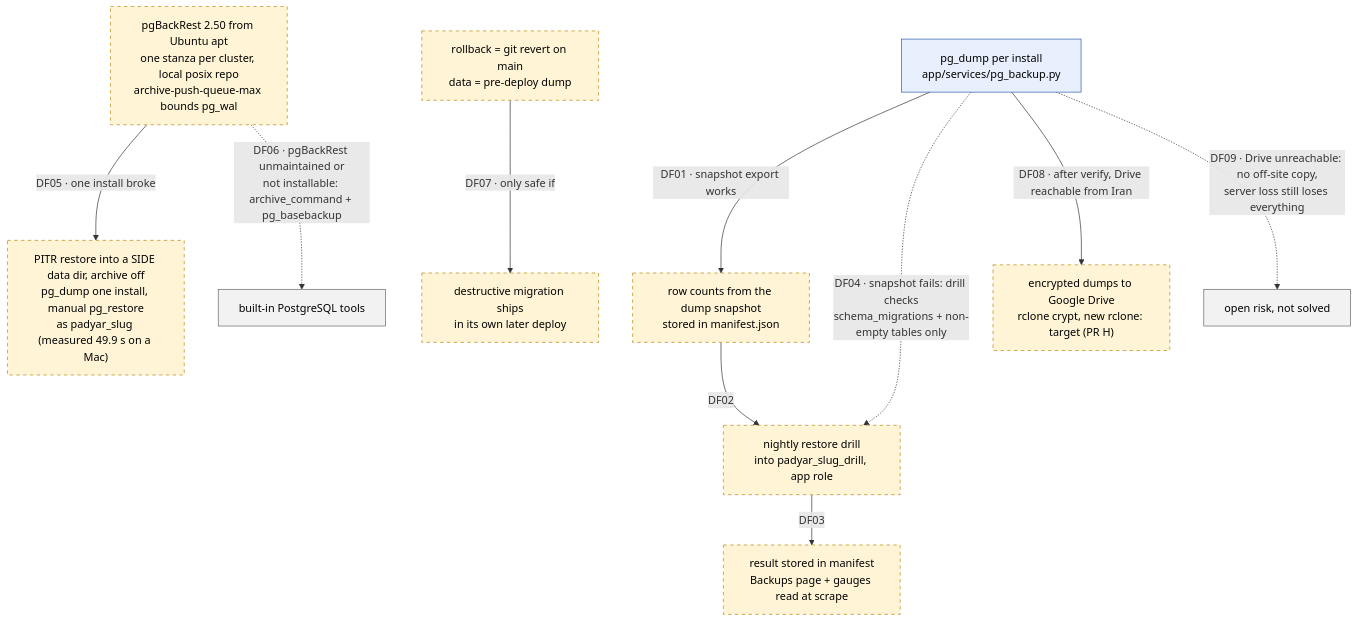
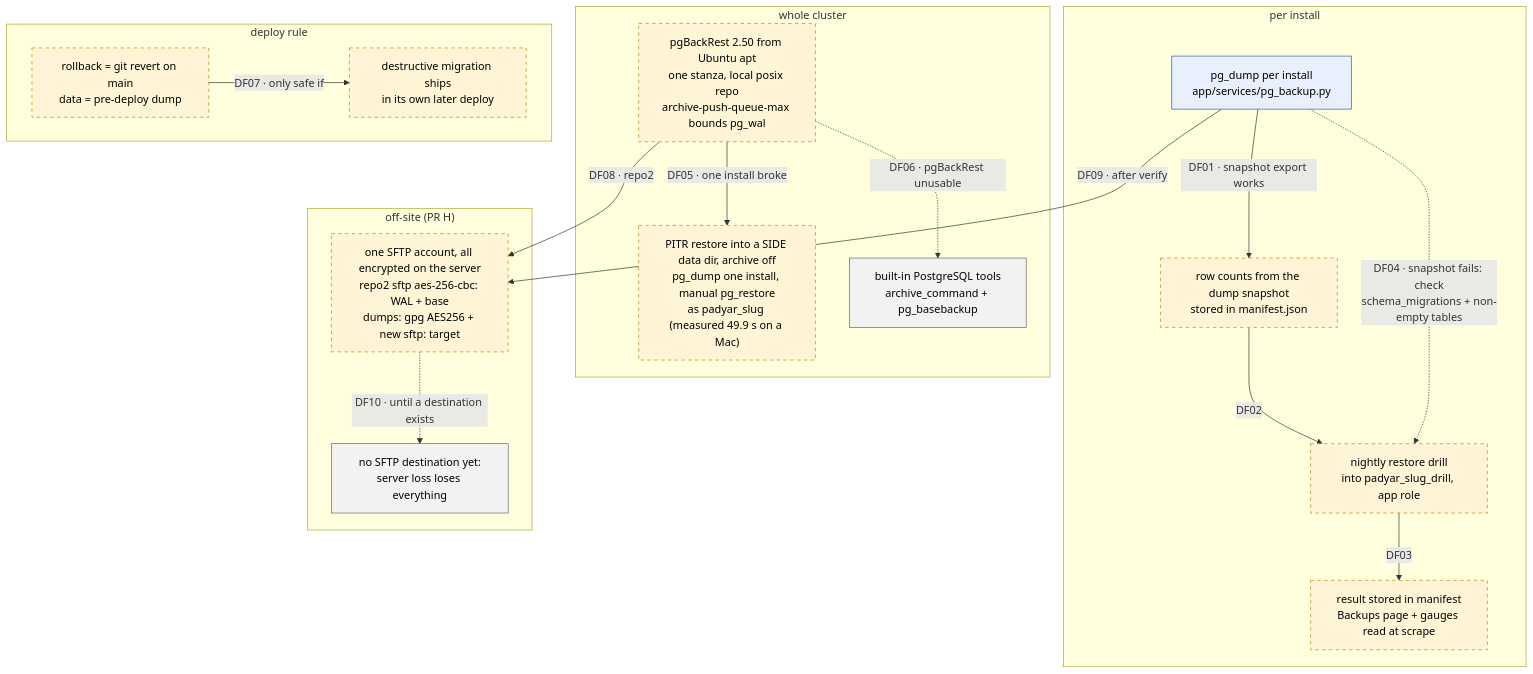
One commit to Kohandezh/PadyarAIChatBot changed the diagram in docs/features/db-maturity/RESEARCH.md. Above: the diagram before and after it, drawn with Mermaid. The commit also changed other lines of this file and 2 other files, not shown here.

First line of the commit message:
docs: move the off-site plan to encrypted SFTP in the db maturity spike

````diff
--- a/docs/features/db-maturity/RESEARCH.md
+++ b/docs/features/db-maturity/RESEARCH.md
@@ -537,29 +641,43 @@
 ```mermaid
 flowchart TB
     classDef proposed fill:#fff4d6,stroke:#b8860b,stroke-dasharray:5 5,color:#000
     classDef shipped fill:#e8f0fe,stroke:#2d5ca7,color:#000
     classDef fallback fill:#f2f2f2,stroke:#666,color:#000
 
-    DUMP["pg_dump per install<br/>app/services/pg_backup.py"]:::shipped
-    SNAP["row counts from the dump snapshot<br/>stored in manifest.json"]:::proposed
-    DRILL["nightly restore drill<br/>into padyar_slug_drill, app role"]:::proposed
-    SHOW["result stored in manifest<br/>Backups page + gauges read at scrape"]:::proposed
-    PITR["pgBackRest 2.50 from Ubuntu apt<br/>one stanza per cluster, local posix repo<br/>archive-push-queue-max bounds pg_wal"]:::proposed
-    SIDE["PITR restore into a SIDE data dir, archive off<br/>pg_dump one install, manual pg_restore<br/>as padyar_slug (measured 49.9 s on a Mac)"]:::proposed
-    OFF["encrypted dumps to Google Drive<br/>rclone crypt, new rclone: target (PR H)"]:::proposed
-    ROLL["rollback = git revert on main<br/>data = pre-deploy dump"]:::proposed
-    EC["destructive migration ships<br/>in its own later deploy"]:::proposed
+    subgraph INST["per install"]
+        DUMP["pg_dump per install<br/>app/services/pg_backup.py"]:::shipped
+        SNAP["row counts from the dump snapshot<br/>stored in manifest.json"]:::proposed
+        DRILL["nightly restore drill<br/>into padyar_slug_drill, app role"]:::proposed
+        SHOW["result stored in manifest<br/>Backups page + gauges read at scrape"]:::proposed
+    end
+
+    subgraph CLU["whole cluster"]
+        PITR["pgBackRest 2.50 from Ubuntu apt<br/>one stanza, local posix repo<br/>archive-push-queue-max bounds pg_wal"]:::proposed
+        SIDE["PITR restore into a SIDE data dir, archive off<br/>pg_dump one install, manual pg_restore<br/>as padyar_slug (measured 49.9 s on a Mac)"]:::proposed
+        FB["built-in PostgreSQL tools<br/>archive_command + pg_basebackup"]:::fallback
+    end
+
+    subgraph OFFG["off-site (PR H)"]
+        OFF["one SFTP account, all encrypted on the server<br/>repo2 sftp aes-256-cbc: WAL + base<br/>dumps: gpg AES256 + new sftp: target"]:::proposed
+        NOOFF["no SFTP destination yet:<br/>server loss loses everything"]:::fallback
+    end
+
+    subgraph DEP["deploy rule"]
+        ROLL["rollback = git revert on main<br/>data = pre-deploy dump"]:::proposed
+        EC["destructive migration ships<br/>in its own later deploy"]:::proposed
+    end
 
     DUMP -->|"DF01 · snapshot export works"| SNAP
     SNAP -->|"DF02"| DRILL
     DRILL -->|"DF03"| SHOW
-    DUMP -.->|"DF04 · snapshot fails: drill checks<br/>schema_migrations + non-empty tables only"| DRILL
+    DUMP -.->|"DF04 · snapshot fails: check<br/>schema_migrations + non-empty tables"| DRILL
 
     PITR -->|"DF05 · one install broke"| SIDE
-    PITR -.->|"DF06 · pgBackRest unmaintained or<br/>not installable: archive_command + pg_basebackup"| FB["built-in PostgreSQL tools"]:::fallback
+    PITR -.->|"DF06 · pgBackRest unusable"| FB
+
+    PITR -->|"DF08 · repo2"| OFF
+    DUMP -->|"DF09 · after verify"| OFF
+    OFF -.->|"DF10 · until a destination exists"| NOOFF
 
     ROLL -->|"DF07 · only safe if"| EC
-
-    DUMP -->|"DF08 · after verify, Drive reachable from Iran"| OFF
-    DUMP -.->|"DF09 · Drive unreachable: no off-site copy,<br/>server loss still loses everything"| NOOFF["open risk, not solved"]:::fallback
 ```
````
